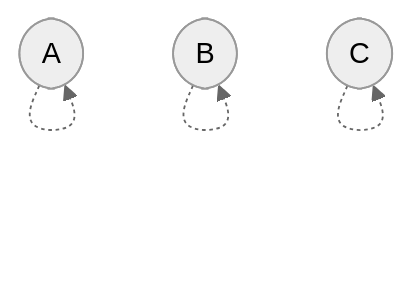
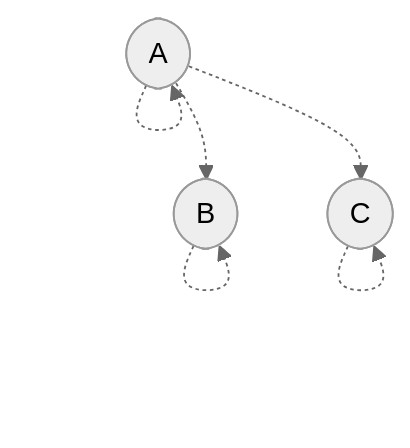
Before and after one commit to stepchowfun/proofs: the fourth of 25 diagrams in proofs/AdmissibilityGraph/README.md, drawn with Mermaid (neutral theme). The commit also changed other lines of this file and 2 other files, not shown here.

Commit message:
Wordsmith the admissibility graph README

````diff
--- a/proofs/AdmissibilityGraph/README.md
+++ b/proofs/AdmissibilityGraph/README.md
@@ -96,10 +96,12 @@
 ```mermaid
 flowchart TD
   a([A])
   b([B])
   c([C])
 
   a -.-> a
   b -.-> b
   c -.-> c
+  a -.-> b
+  a -.-> c
 ```
````
